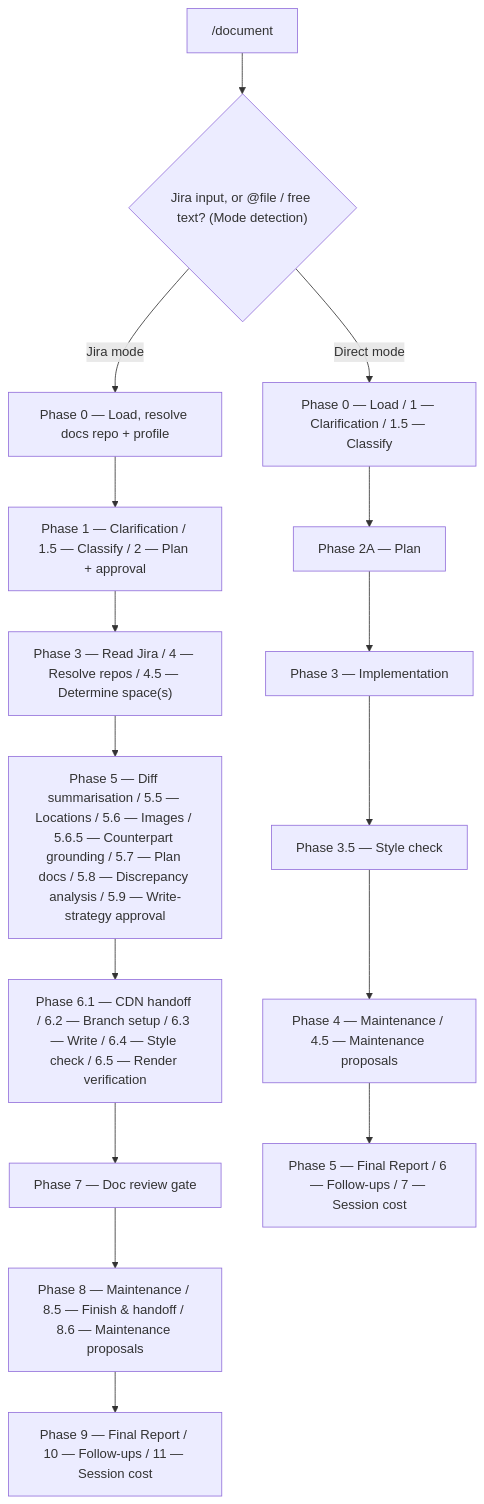
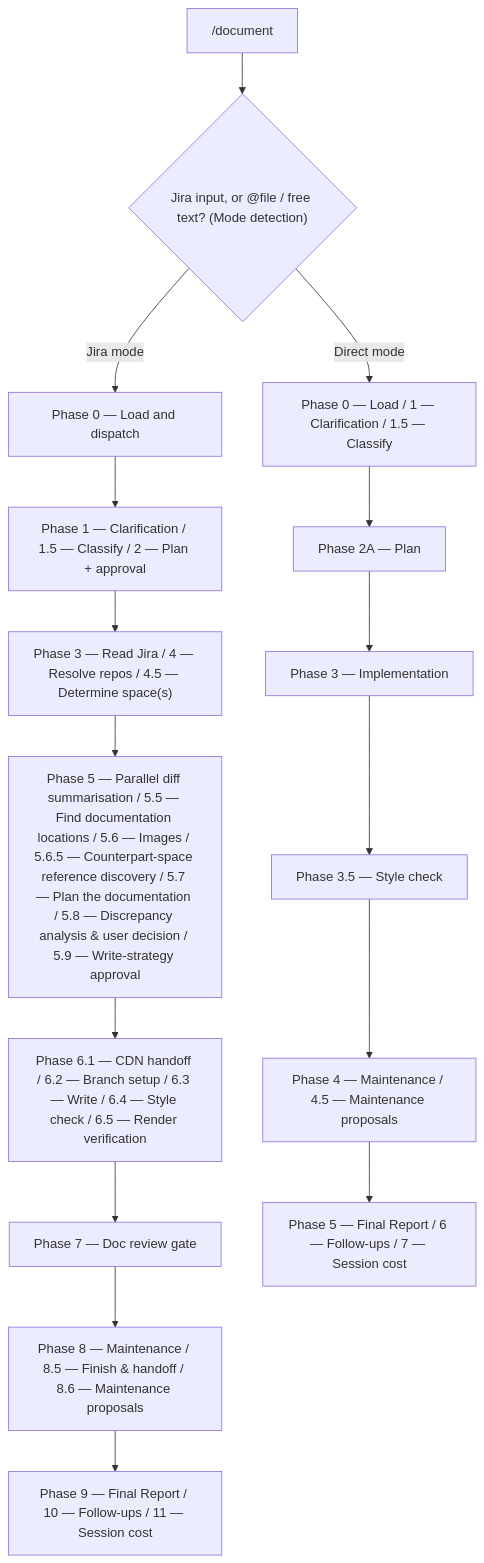
The diagram in plugins/dev-workflows/docs/commands/document.md (ihudak/ihudak-claude-plugins), drawn with Mermaid before and after one commit. The commit also changed 28 other files, not shown here.

````diff
--- a/plugins/dev-workflows/docs/commands/document.md
+++ b/plugins/dev-workflows/docs/commands/document.md
@@ -29,18 +29,18 @@
 ```mermaid
 flowchart TD
     IN["/document"] --> MD{"Jira input, or @file / free text? (Mode detection)"}
-    MD -- "Jira mode" --> A0["Phase 0 — Load, resolve docs repo + profile"]
+    MD -- "Jira mode" --> A0["Phase 0 — Load and dispatch"]
     A0 --> A12["Phase 1 — Clarification / 1.5 — Classify / 2 — Plan + approval"]
     A12 --> A345["Phase 3 — Read Jira / 4 — Resolve repos / 4.5 — Determine space(s)"]
-    A345 --> A59["Phase 5 — Diff summarisation / 5.5 — Locations / 5.6 — Images / 5.6.5 — Counterpart grounding / 5.7 — Plan docs / 5.8 — Discrepancy analysis / 5.9 — Write-strategy approval"]
+    A345 --> A59["Phase 5 — Parallel diff summarisation / 5.5 — Find documentation locations / 5.6 — Images / 5.6.5 — Counterpart-space reference discovery / 5.7 — Plan the documentation / 5.8 — Discrepancy analysis & user decision / 5.9 — Write-strategy approval"]
     A59 --> A665["Phase 6.1 — CDN handoff / 6.2 — Branch setup / 6.3 — Write / 6.4 — Style check / 6.5 — Render verification"]
     A665 --> A7["Phase 7 — Doc review gate"]
     A7 --> A886["Phase 8 — Maintenance / 8.5 — Finish & handoff / 8.6 — Maintenance proposals"]
     A886 --> A911["Phase 9 — Final Report / 10 — Follow-ups / 11 — Session cost"]
     MD -- "Direct mode" --> B01["Phase 0 — Load / 1 — Clarification / 1.5 — Classify"]
     B01 --> B2["Phase 2A — Plan"]
     B2 --> B3["Phase 3 — Implementation"]
     B3 --> B35["Phase 3.5 — Style check"]
     B35 --> B445["Phase 4 — Maintenance / 4.5 — Maintenance proposals"]
     B445 --> B57["Phase 5 — Final Report / 6 — Follow-ups / 7 — Session cost"]
 ```
````
